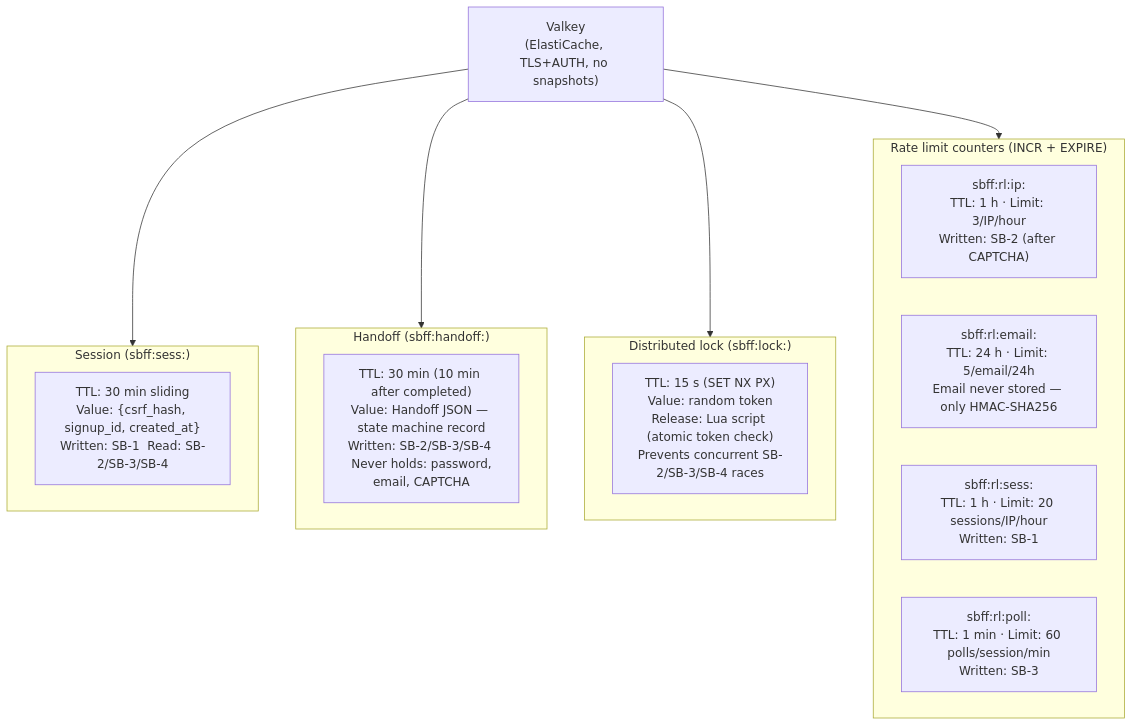
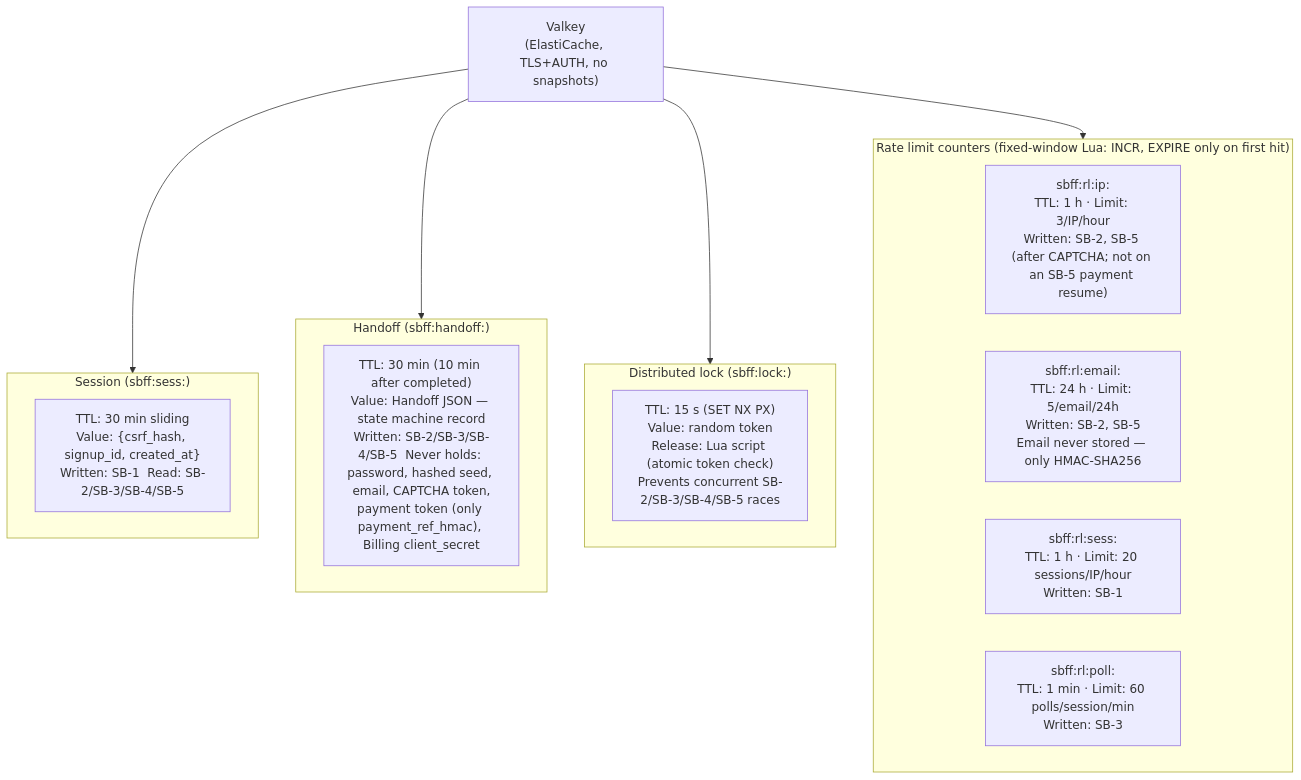
One commit to BCBP-SOLUTIONS-FZC-LLC/bff-signup changed the diagram in docs/architecture/mermaid/valkey-keys.mmd. Above: the diagram before and after it, drawn with Mermaid. The commit also changed 111 other files, not shown here.

First line of the commit message:
feat: align paid signup with Billing B-I1 (BL-OQ-8) and harden for production (#6)

```diff
--- a/docs/architecture/mermaid/valkey-keys.mmd
+++ b/docs/architecture/mermaid/valkey-keys.mmd
@@ -1,25 +1,25 @@
 graph TD
     subgraph session["Session (sbff:sess:<sid>)"]
-        s1["TTL: 30 min sliding\nValue: {csrf_hash, signup_id, created_at}\nWritten: SB-1  Read: SB-2/SB-3/SB-4"]
+        s1["TTL: 30 min sliding\nValue: {csrf_hash, signup_id, created_at}\nWritten: SB-1  Read: SB-2/SB-3/SB-4/SB-5"]
     end
 
     subgraph handoff["Handoff (sbff:handoff:<signup_id>)"]
-        h1["TTL: 30 min (10 min after completed)\nValue: Handoff JSON — state machine record\nWritten: SB-2/SB-3/SB-4  Never holds: password, email, CAPTCHA"]
+        h1["TTL: 30 min (10 min after completed)\nValue: Handoff JSON — state machine record\nWritten: SB-2/SB-3/SB-4/SB-5  Never holds: password, hashed seed, email, CAPTCHA token,\npayment token (only payment_ref_hmac), Billing client_secret"]
     end
 
     subgraph lock["Distributed lock (sbff:lock:<signup_id>)"]
-        l1["TTL: 15 s (SET NX PX)\nValue: random token\nRelease: Lua script (atomic token check)\nPrevents concurrent SB-2/SB-3/SB-4 races"]
+        l1["TTL: 15 s (SET NX PX)\nValue: random token\nRelease: Lua script (atomic token check)\nPrevents concurrent SB-2/SB-3/SB-4/SB-5 races"]
     end
 
-    subgraph ratelimits["Rate limit counters (INCR + EXPIRE)"]
-        r1["sbff:rl:ip:<ip>\nTTL: 1 h · Limit: 3/IP/hour\nWritten: SB-2 (after CAPTCHA)"]
-        r2["sbff:rl:email:<HMAC(email)>\nTTL: 24 h · Limit: 5/email/24h\nEmail never stored — only HMAC-SHA256"]
+    subgraph ratelimits["Rate limit counters (fixed-window Lua: INCR, EXPIRE only on first hit)"]
+        r1["sbff:rl:ip:<ip>\nTTL: 1 h · Limit: 3/IP/hour\nWritten: SB-2, SB-5 (after CAPTCHA; not on an SB-5 payment resume)"]
+        r2["sbff:rl:email:<HMAC(email)>\nTTL: 24 h · Limit: 5/email/24h\nWritten: SB-2, SB-5\nEmail never stored — only HMAC-SHA256"]
         r3["sbff:rl:sess:<ip>\nTTL: 1 h · Limit: 20 sessions/IP/hour\nWritten: SB-1"]
         r4["sbff:rl:poll:<sid>\nTTL: 1 min · Limit: 60 polls/session/min\nWritten: SB-3"]
     end
 
     Valkey["Valkey\n(ElastiCache, TLS+AUTH, no snapshots)"]
     Valkey --> session
     Valkey --> handoff
     Valkey --> lock
     Valkey --> ratelimits
```
